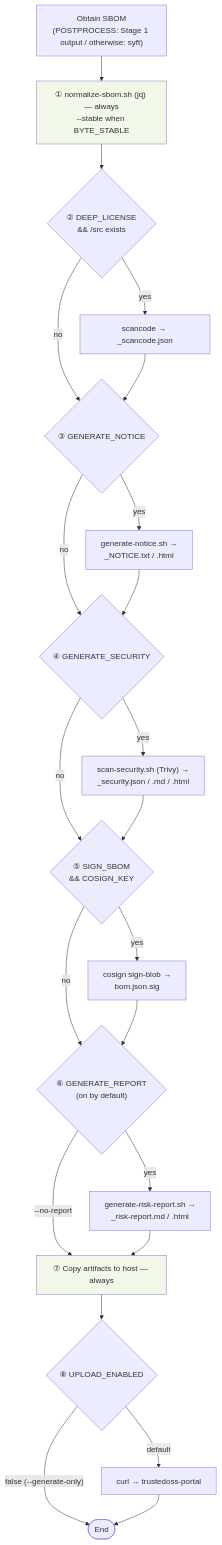
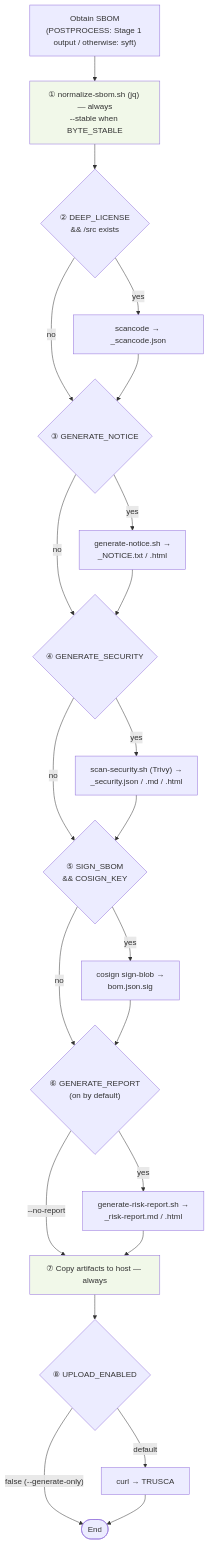
Before and after one commit to sktelecom/bomlens: the fourth of 6 diagrams in docs/architecture.en.md, drawn with Mermaid. The commit also changed other lines of this file and 12 other files, not shown here.

First line of the commit message:
docs: rename trustedoss-portal to TRUSCA across docs and web UI comments

````diff
--- a/docs/architecture.en.md
+++ b/docs/architecture.en.md
@@ -215,27 +215,27 @@
 ```mermaid
 flowchart TD
     A["Obtain SBOM<br/>(POSTPROCESS: Stage 1 output / otherwise: syft)"] --> B
     B["① normalize-sbom.sh (jq) — always<br/>--stable when BYTE_STABLE"] --> C
     C{"② DEEP_LICENSE<br/>&& /src exists"} -->|yes| C1["scancode → _scancode.json"]
     C -->|no| D
     C1 --> D
     D{"③ GENERATE_NOTICE"} -->|yes| D1["generate-notice.sh →<br/>_NOTICE.txt / .html"]
     D -->|no| E
     D1 --> E
     E{"④ GENERATE_SECURITY"} -->|yes| E1["scan-security.sh (Trivy) →<br/>_security.json / .md / .html"]
     E -->|no| F
     E1 --> F
     F{"⑤ SIGN_SBOM<br/>&& COSIGN_KEY"} -->|yes| F1["cosign sign-blob →<br/>bom.json.sig"]
     F -->|no| R
     F1 --> R
     R{"⑥ GENERATE_REPORT<br/>(on by default)"} -->|yes| R1["generate-risk-report.sh →<br/>_risk-report.md / .html"]
     R -->|--no-report| G
     R1 --> G
     G["⑦ Copy artifacts to host — always"] --> H
-    H{"⑧ UPLOAD_ENABLED"} -->|default| H1["curl → trustedoss-portal"]
+    H{"⑧ UPLOAD_ENABLED"} -->|default| H1["curl → TRUSCA"]
     H -->|"false (--generate-only)"| Z([End])
     H1 --> Z
 
     style B fill:#f1f8e9
     style G fill:#f1f8e9
 ```
````
